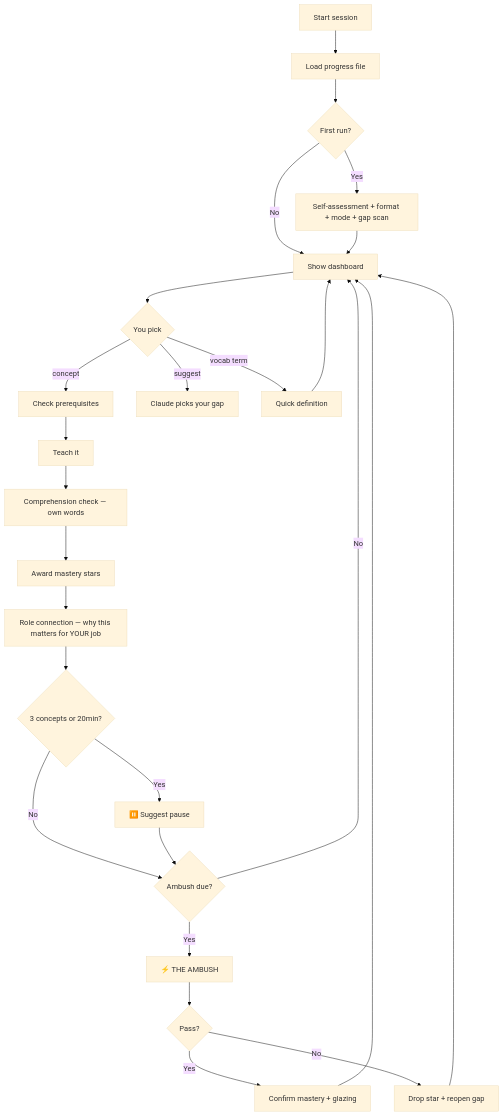
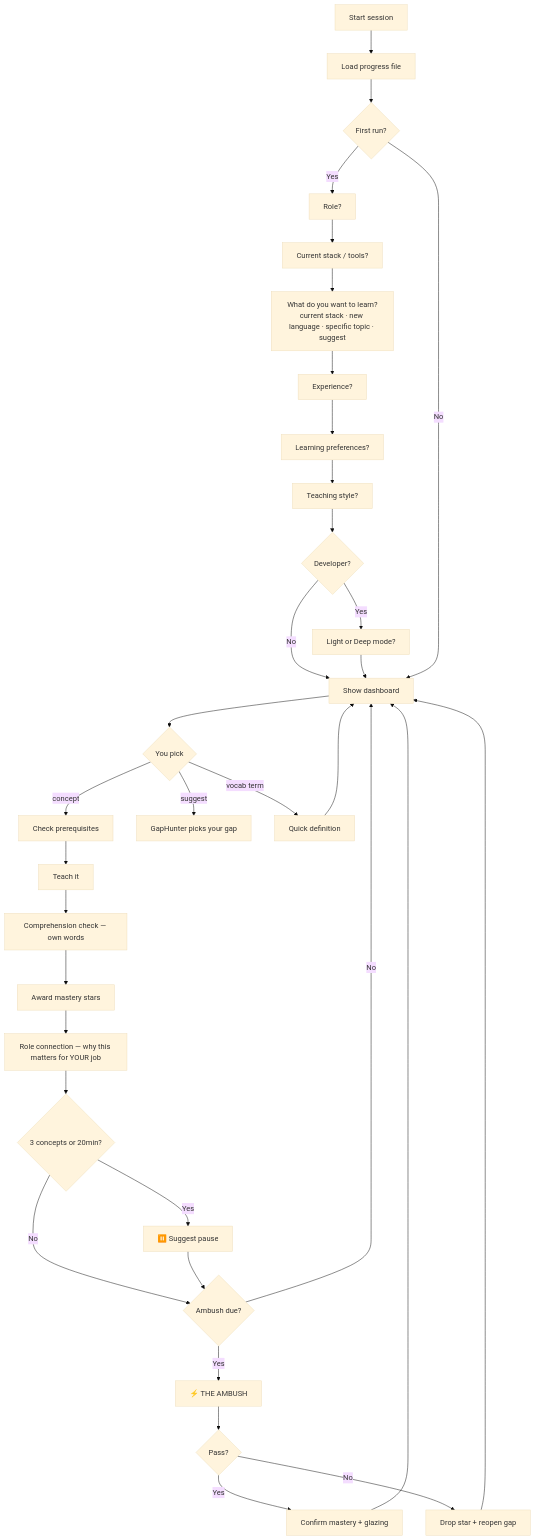
The diagram in README.md (petrbui/skills), drawn with Mermaid (base theme) before and after one commit. The commit also changed other lines of this file, not shown here.

Commit message:
📝 docs: update flowchart and getting started to reflect 5-question onboarding

````diff
--- a/README.md
+++ b/README.md
@@ -31,28 +31,36 @@
 ```mermaid
 flowchart TD
     A[Start session] --> B[Load progress file]
     B --> C{First run?}
-    C -->|Yes| D[Self-assessment + format + mode + gap scan]
+    C -->|Yes| D1[Role?]
+    D1 --> D2[Current stack / tools?]
+    D2 --> D3[What do you want to learn?\ncurrent stack · new language · specific topic · suggest]
+    D3 --> D4[Experience?]
+    D4 --> D5[Learning preferences?]
+    D5 --> D6[Teaching style?]
+    D6 --> D7{Developer?}
+    D7 -->|Yes| D8[Light or Deep mode?]
+    D7 -->|No| E
+    D8 --> E
     C -->|No| E[Show dashboard]
-    D --> E
     E --> F{You pick}
     F -->|concept| G[Check prerequisites]
-    F -->|suggest| H[Claude picks your gap]
+    F -->|suggest| H[GapHunter picks your gap]
     F -->|vocab term| V[Quick definition]
     G --> I[Teach it]
     I --> J[Comprehension check — own words]
     J --> K[Award mastery stars]
     K --> L[Role connection — why this matters for YOUR job]
     L --> M{3 concepts or 20min?}
     M -->|Yes| N[⏸️ Suggest pause]
     M -->|No| O{Ambush due?}
     N --> O
     O -->|Yes| P[⚡ THE AMBUSH]
     O -->|No| E
     P --> Q{Pass?}
     Q -->|Yes| R[Confirm mastery + glazing]
     Q -->|No| S[Drop star + reopen gap]
     R --> E
     S --> E
     V --> E
 ```
````
